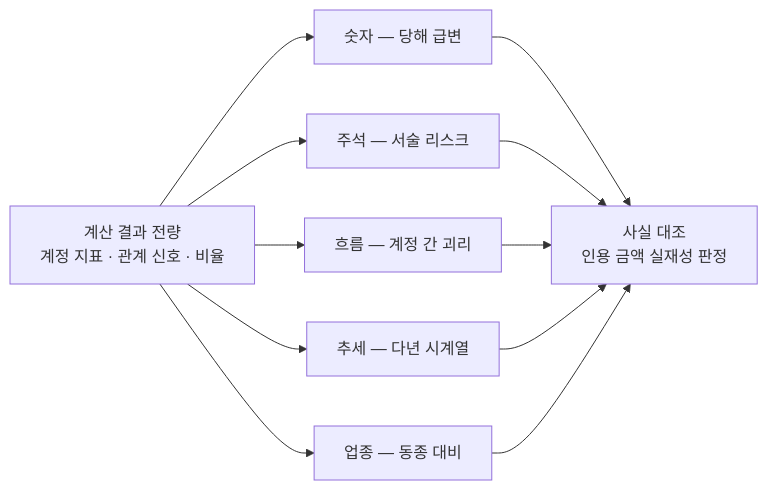
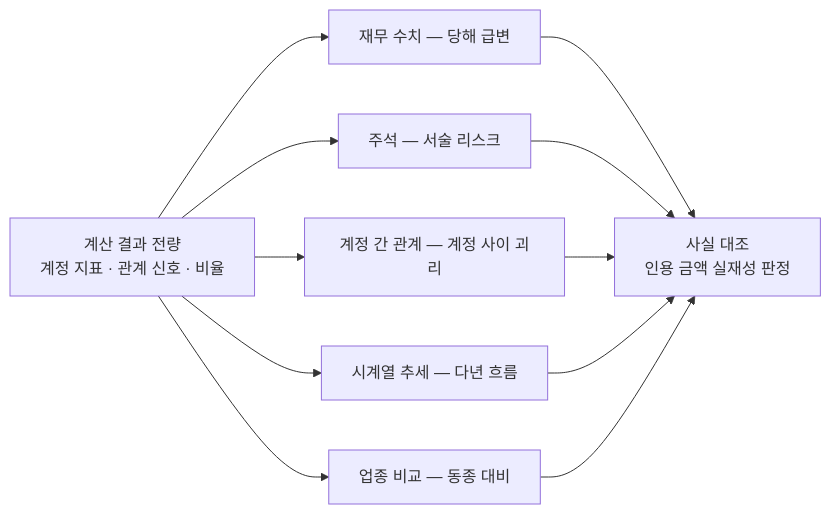
The second of 2 diagrams in README.md (ghdtjrgns321-creator/fs-multi-analyzer), drawn with Mermaid before and after one commit. The commit also changed other lines of this file and 10 other files, not shown here.

````diff
--- a/README.md
+++ b/README.md
@@ -471,14 +401,14 @@
 ```mermaid
 graph LR
     M["계산 결과 전량<br/>계정 지표 · 관계 신호 · 비율"]
-    M --> A["숫자 — 당해 급변"]
+    M --> A["재무 수치 — 당해 급변"]
     M --> B["주석 — 서술 리스크"]
-    M --> C["흐름 — 계정 간 괴리"]
-    M --> D["추세 — 다년 시계열"]
-    M --> E["업종 — 동종 대비"]
+    M --> C["계정 간 관계 — 계정 사이 괴리"]
+    M --> D["시계열 추세 — 다년 흐름"]
+    M --> E["업종 비교 — 동종 대비"]
     A --> G["사실 대조<br/>인용 금액 실재성 판정"]
     B --> G
     C --> G
     D --> G
     E --> G
 ```
````
